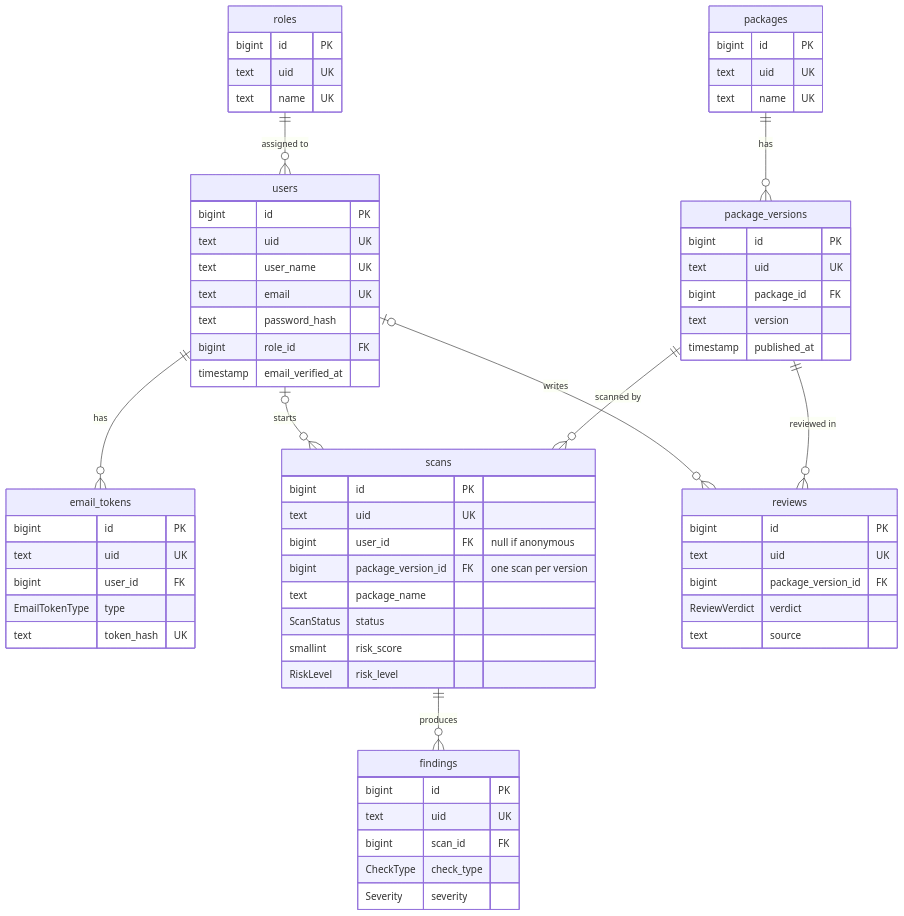
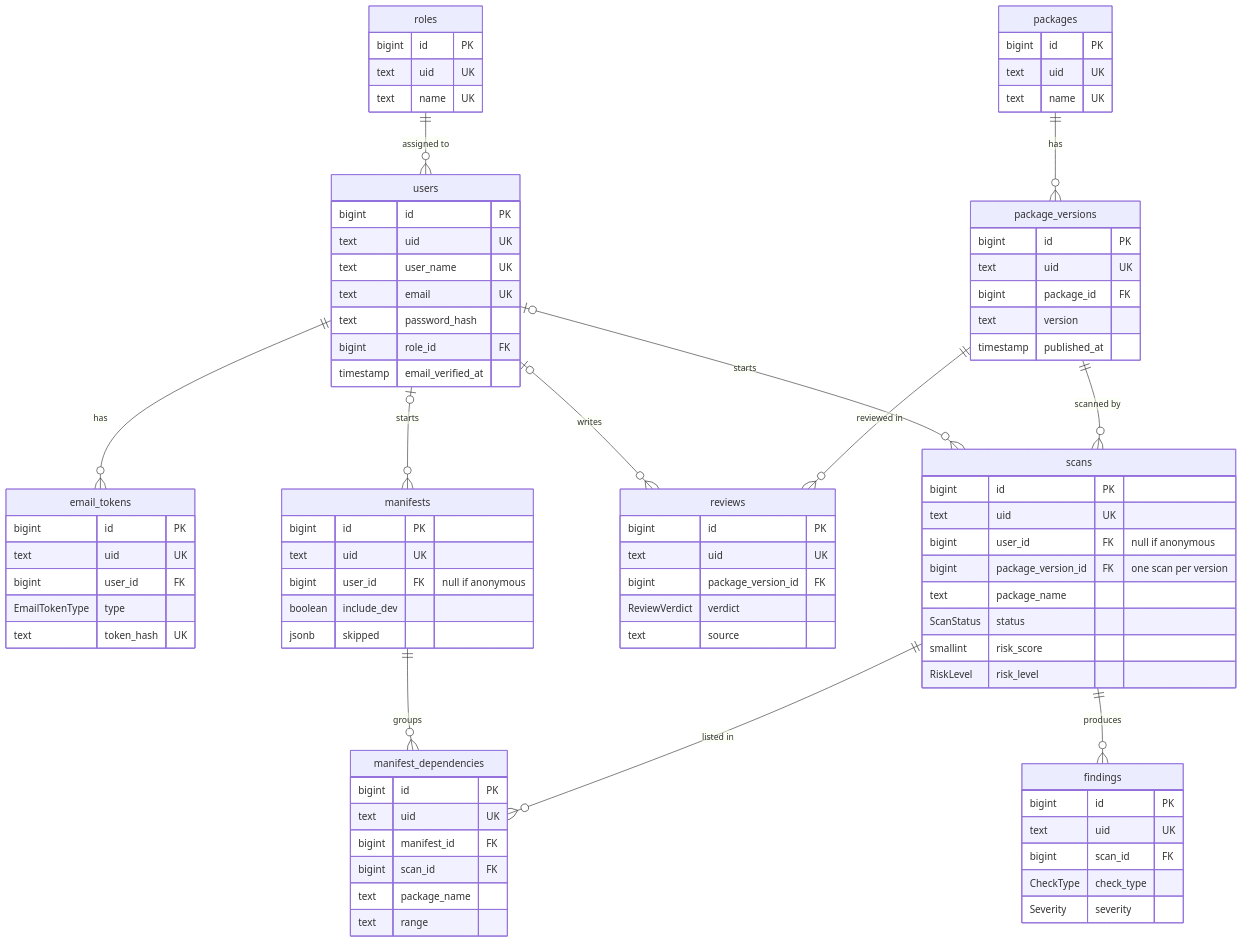
One commit to Apu-Emdad/npm-sentinel-api changed the diagram in docs/schema.md. Above: the diagram before and after it, drawn with Mermaid. The commit also changed other lines of this file and 9 other files, not shown here.

Commit message:
feat: bulk scan a package.json (closes #34)

````diff
--- a/docs/schema.md
+++ b/docs/schema.md
@@ -22,6 +22,9 @@
     package_versions ||--o{ scans : "scanned by"
     package_versions ||--o{ reviews : "reviewed in"
     scans ||--o{ findings : "produces"
+    users |o--o{ manifests : "starts"
+    manifests ||--o{ manifest_dependencies : "groups"
+    scans ||--o{ manifest_dependencies : "listed in"
 
     roles {
         bigint id PK
@@ -80,4 +83,19 @@
         ReviewVerdict verdict
         text source
     }
+    manifests {
+        bigint id PK
+        text uid UK
+        bigint user_id FK "null if anonymous"
+        boolean include_dev
+        jsonb skipped
+    }
+    manifest_dependencies {
+        bigint id PK
+        text uid UK
+        bigint manifest_id FK
+        bigint scan_id FK
+        text package_name
+        text range
+    }
 ```
````
